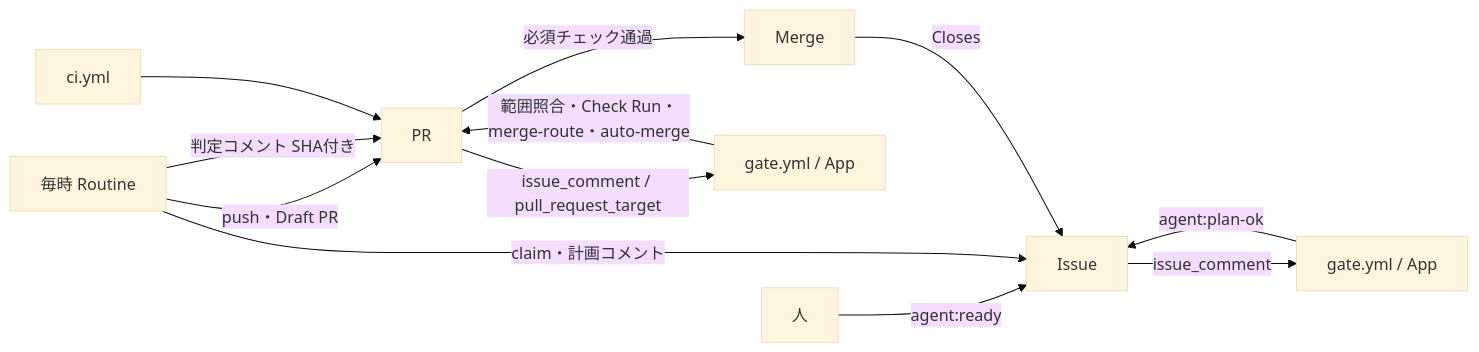
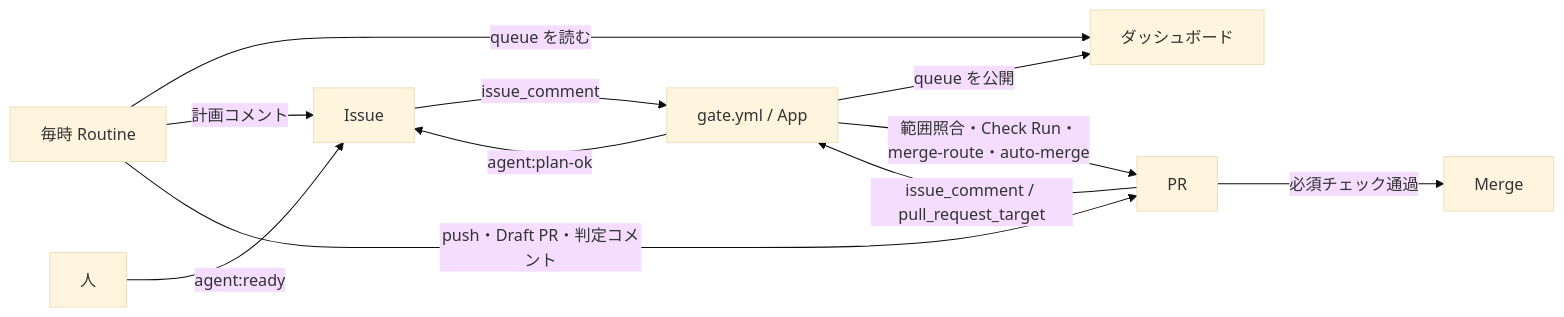
One commit to namu112358/gen-ai-development-kit changed the diagram in README.md. Above: the diagram before and after it, drawn with Mermaid (base theme). The commit also changed other lines of this file and 27 other files, not shown here.

````diff
--- a/README.md
+++ b/README.md
@@ -15,14 +5,13 @@
 ```mermaid
 flowchart LR
   H[人] -->|agent:ready| I[Issue]
-  R[毎時 Routine] -->|claim・計画コメント| I
-  I -->|issue_comment| G[gate.yml / App]
+  G[gate.yml / App] -->|queue を公開| D[ダッシュボード]
+  R[毎時 Routine] -->|queue を読む| D
+  R -->|計画コメント| I
+  I -->|issue_comment| G
   G -->|agent:plan-ok| I
-  R -->|push・Draft PR| P[PR]
-  R -->|判定コメント SHA付き| P
-  P -->|issue_comment / pull_request_target| A[gate.yml / App]
-  A -->|範囲照合・Check Run・merge-route・auto-merge| P
-  C[ci.yml] --> P
+  R -->|push・Draft PR・判定コメント| P[PR]
+  P -->|issue_comment / pull_request_target| G
+  G -->|範囲照合・Check Run・merge-route・auto-merge| P
   P -->|必須チェック通過| M[Merge]
-  M -->|Closes| I
 ```
````
